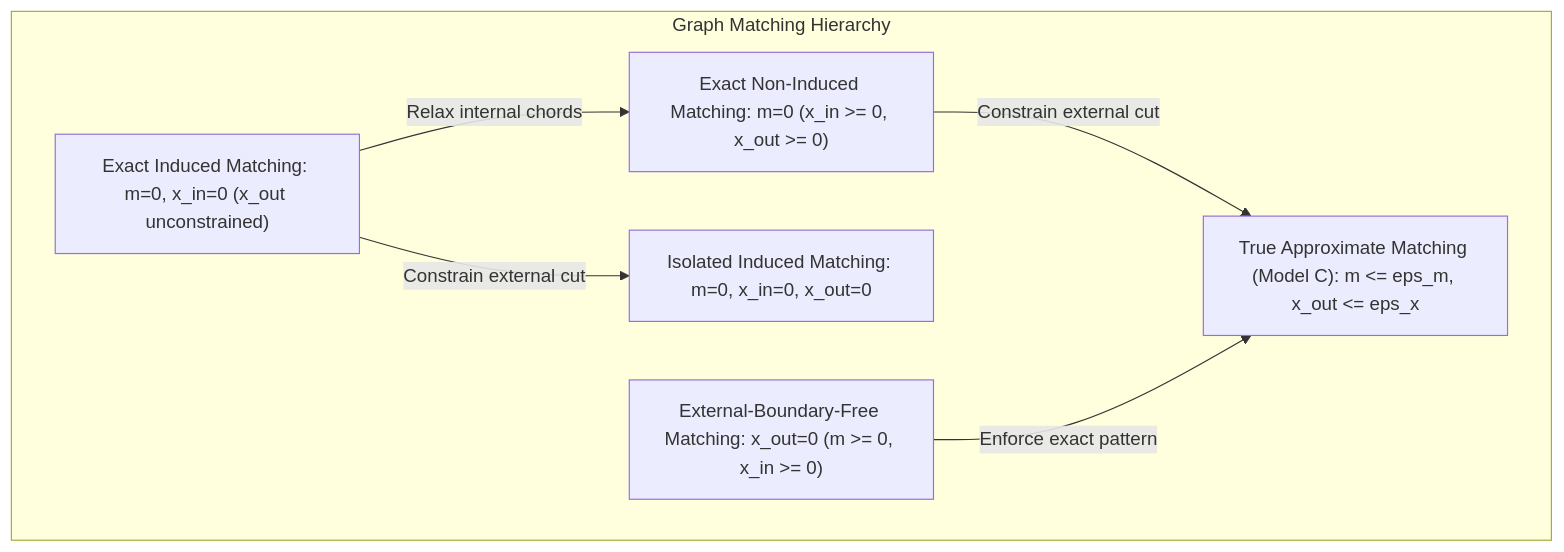
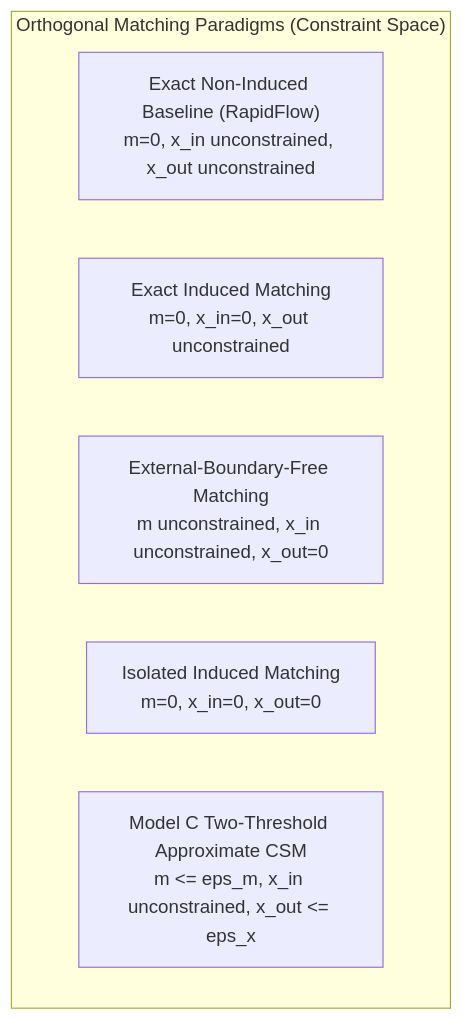
The first of 2 diagrams in docs/approx_problem_definition_v1.md (iamqthanq/Seminar_RapidFlow), drawn with Mermaid before and after one commit. The commit also changed other lines of this file and 5 other files, not shown here.

````diff
--- a/docs/approx_problem_definition_v1.md
+++ b/docs/approx_problem_definition_v1.md
@@ -83,14 +86,10 @@
 ```mermaid
 flowchart TD
-    subgraph Space["Graph Matching Hierarchy"]
-        EX_IND["Exact Induced Matching: m=0, x_in=0 (x_out unconstrained)"]
-        EX_NON["Exact Non-Induced Matching: m=0 (x_in >= 0, x_out >= 0)"]
-        EX_BOUND["External-Boundary-Free Matching: x_out=0 (m >= 0, x_in >= 0)"]
-        EX_ISO["Isolated Induced Matching: m=0, x_in=0, x_out=0"]
-        APX_TRUE["True Approximate Matching (Model C): m <= eps_m, x_out <= eps_x"]
+    subgraph ConstraintSpace["Orthogonal Matching Paradigms (Constraint Space)"]
+        EX_NON["Exact Non-Induced Baseline (RapidFlow)<br>m=0, x_in unconstrained, x_out unconstrained"]
+        EX_IND["Exact Induced Matching<br>m=0, x_in=0, x_out unconstrained"]
+        EX_BOUND["External-Boundary-Free Matching<br>m unconstrained, x_in unconstrained, x_out=0"]
+        EX_ISO["Isolated Induced Matching<br>m=0, x_in=0, x_out=0"]
+        APX_MODELC["Model C Two-Threshold Approximate CSM<br>m <= eps_m, x_in unconstrained, x_out <= eps_x"]
     end
-    EX_IND -->|Relax internal chords| EX_NON
-    EX_NON -->|Constrain external cut| APX_TRUE
-    EX_IND -->|Constrain external cut| EX_ISO
-    EX_BOUND -->|Enforce exact pattern| APX_TRUE
 ```
````
